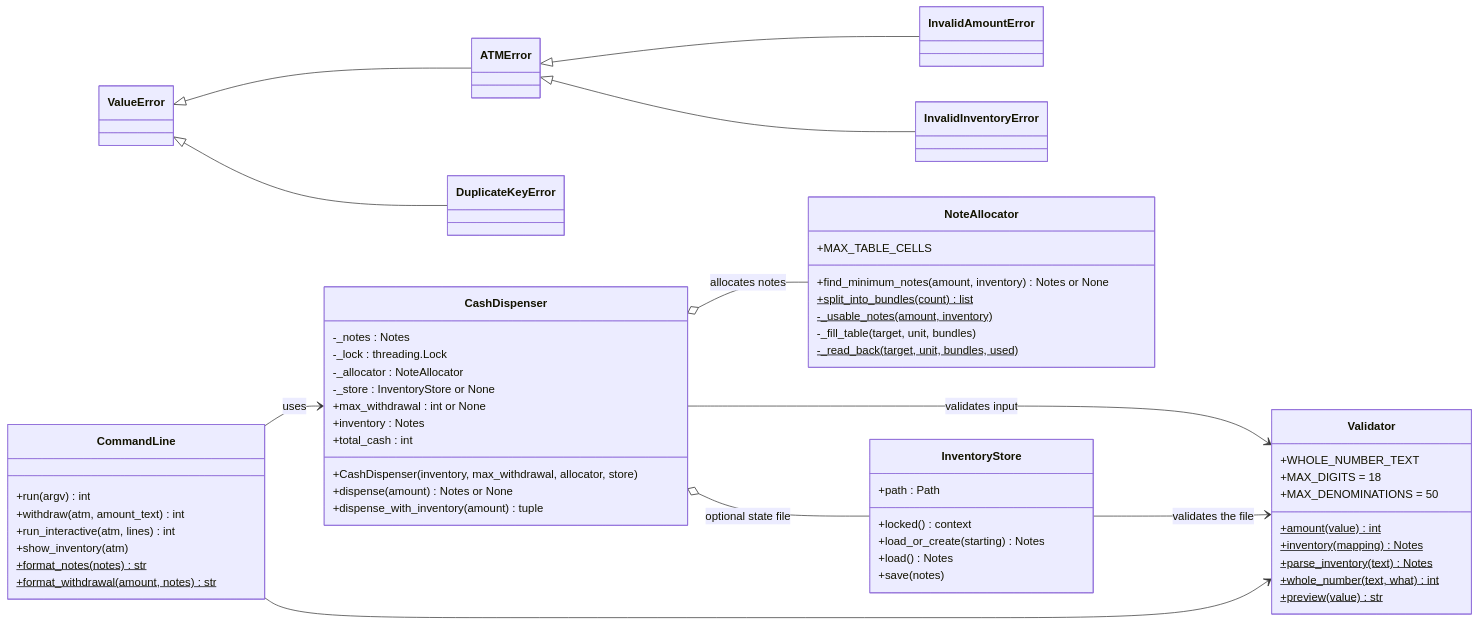
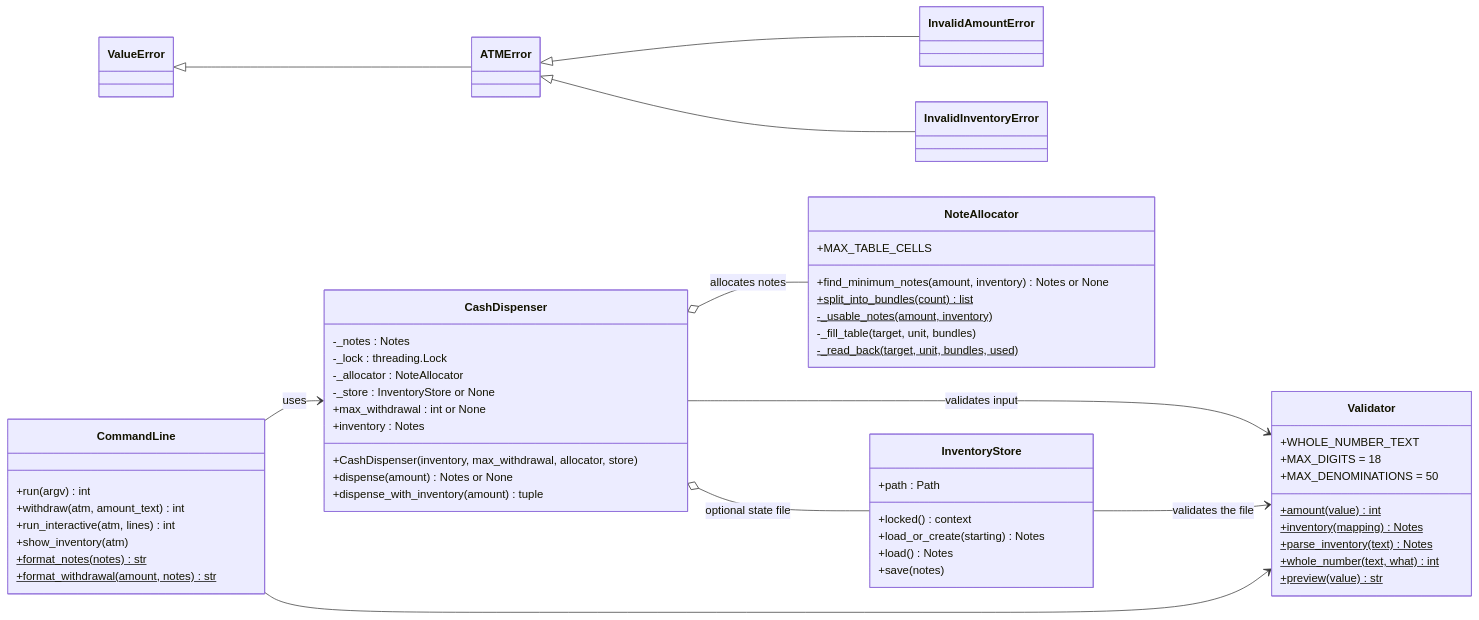
Before and after one commit to AnupamGupta86/InmarCodingAssignment: the second of 5 diagrams in README.md, drawn with Mermaid. The commit also changed other lines of this file and 5 other files, not shown here.

````diff
--- a/README.md
+++ b/README.md
@@ -112,71 +112,68 @@
 ```mermaid
 classDiagram
     direction LR
 
     class ValueError
     class ATMError
     class InvalidAmountError
     class InvalidInventoryError
-    class DuplicateKeyError
     ValueError <|-- ATMError
     ATMError <|-- InvalidAmountError
     ATMError <|-- InvalidInventoryError
-    ValueError <|-- DuplicateKeyError
 
     class Validator {
         +WHOLE_NUMBER_TEXT
         +MAX_DIGITS = 18
         +MAX_DENOMINATIONS = 50
         +amount(value)$ int
         +inventory(mapping)$ Notes
         +parse_inventory(text)$ Notes
         +whole_number(text, what)$ int
         +preview(value)$ str
     }
 
     class NoteAllocator {
         +MAX_TABLE_CELLS
         +find_minimum_notes(amount, inventory) Notes or None
         +split_into_bundles(count)$ list
         -_usable_notes(amount, inventory)$
         -_fill_table(target, unit, bundles)
         -_read_back(target, unit, bundles, used)$
     }
 
     class InventoryStore {
         +path : Path
         +locked() context
         +load_or_create(starting) Notes
         +load() Notes
         +save(notes)
     }
 
     class CashDispenser {
         -_notes : Notes
         -_lock : threading.Lock
         -_allocator : NoteAllocator
         -_store : InventoryStore or None
         +max_withdrawal : int or None
         +CashDispenser(inventory, max_withdrawal, allocator, store)
         +dispense(amount) Notes or None
         +dispense_with_inventory(amount) tuple
         +inventory : Notes
-        +total_cash : int
     }
 
     class CommandLine {
         +run(argv) int
         +withdraw(atm, amount_text) int
         +run_interactive(atm, lines) int
         +show_inventory(atm)
         +format_notes(notes)$ str
         +format_withdrawal(amount, notes)$ str
     }
 
     CashDispenser --> Validator : validates input
     CashDispenser o-- NoteAllocator : allocates notes
     CashDispenser o-- InventoryStore : optional state file
     InventoryStore --> Validator : validates the file
     CommandLine --> CashDispenser : uses
     CommandLine --> Validator
 ```
````
